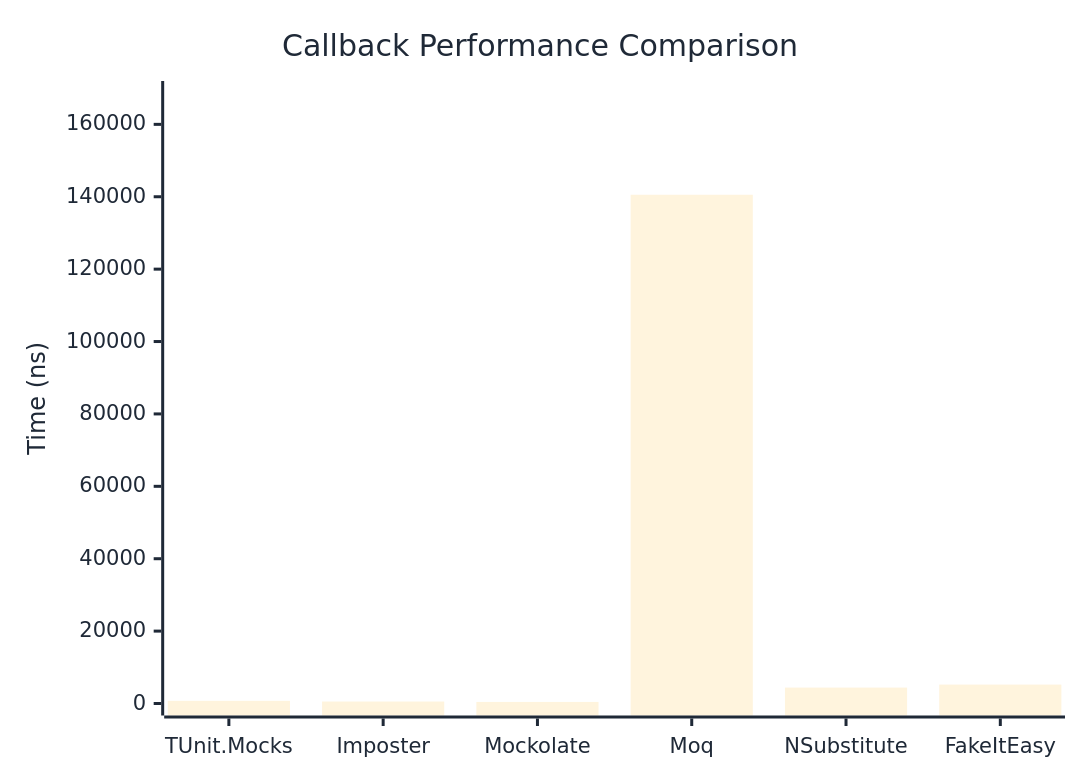
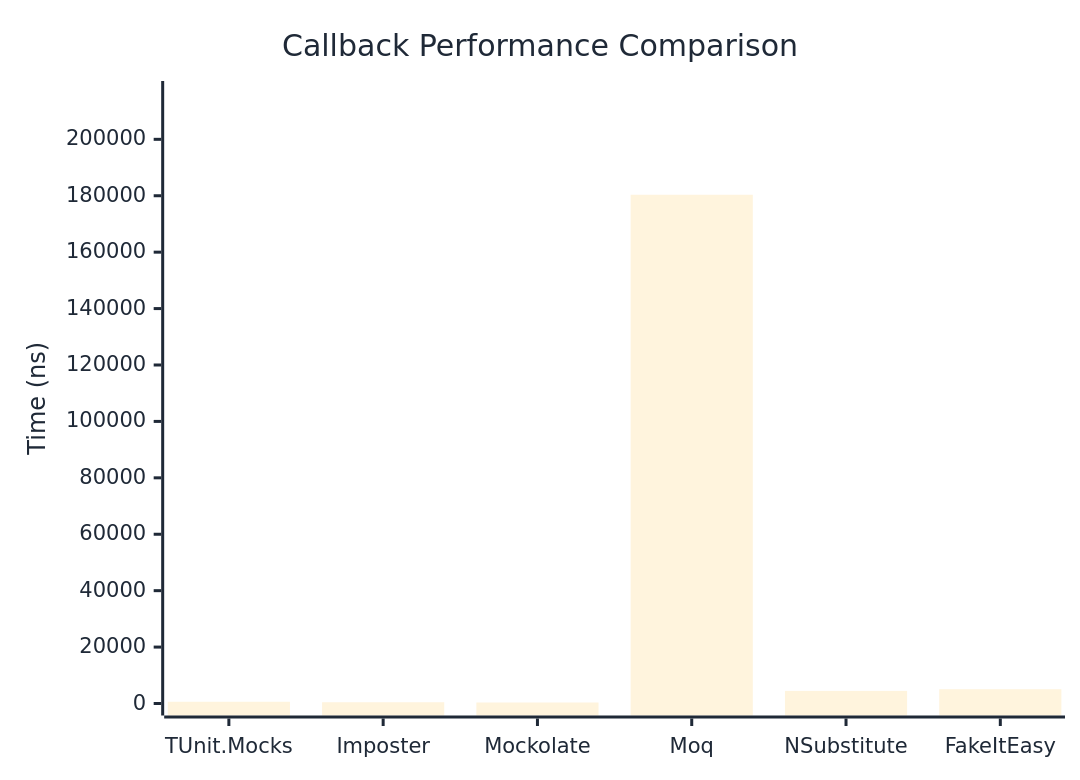
Before and after one commit to weiyilai/TUnit: the first of 2 diagrams in docs/docs/benchmarks/mocks/Callback.md, drawn with Mermaid. The commit also changed other lines of this file and 14 other files, not shown here.

````diff
--- a/docs/docs/benchmarks/mocks/Callback.md
+++ b/docs/docs/benchmarks/mocks/Callback.md
@@ -28,27 +28,27 @@
 ```mermaid
 %%{init: {
   'theme':'base',
   'themeVariables': {
     'primaryColor': '#2563eb',
     'primaryTextColor': '#1f2937',
     'primaryBorderColor': '#1e40af',
     'lineColor': '#6b7280',
     'secondaryColor': '#7c3aed',
     'tertiaryColor': '#dc2626',
     'background': '#ffffff',
     'pie1': '#2563eb',
     'pie2': '#7c3aed',
     'pie3': '#dc2626',
     'pie4': '#f59e0b',
     'pie5': '#10b981',
     'pie6': '#06b6d4',
     'pie7': '#ec4899',
     'pie8': '#6366f1'
   }
 }}%%
 xychart-beta
   title "Callback Performance Comparison"
   x-axis ["TUnit.Mocks", "Imposter", "Mockolate", "Moq", "NSubstitute", "FakeItEasy"]
-  y-axis "Time (ns)" 0 --> 168662
-  bar [731.1, 542.4, 431.7, 140551.6, 4399.2, 5226.8]
+  y-axis "Time (ns)" 0 --> 216422
+  bar [611.7, 448, 354.2, 180351.2, 4464.3, 5063.1]
 ```
````
